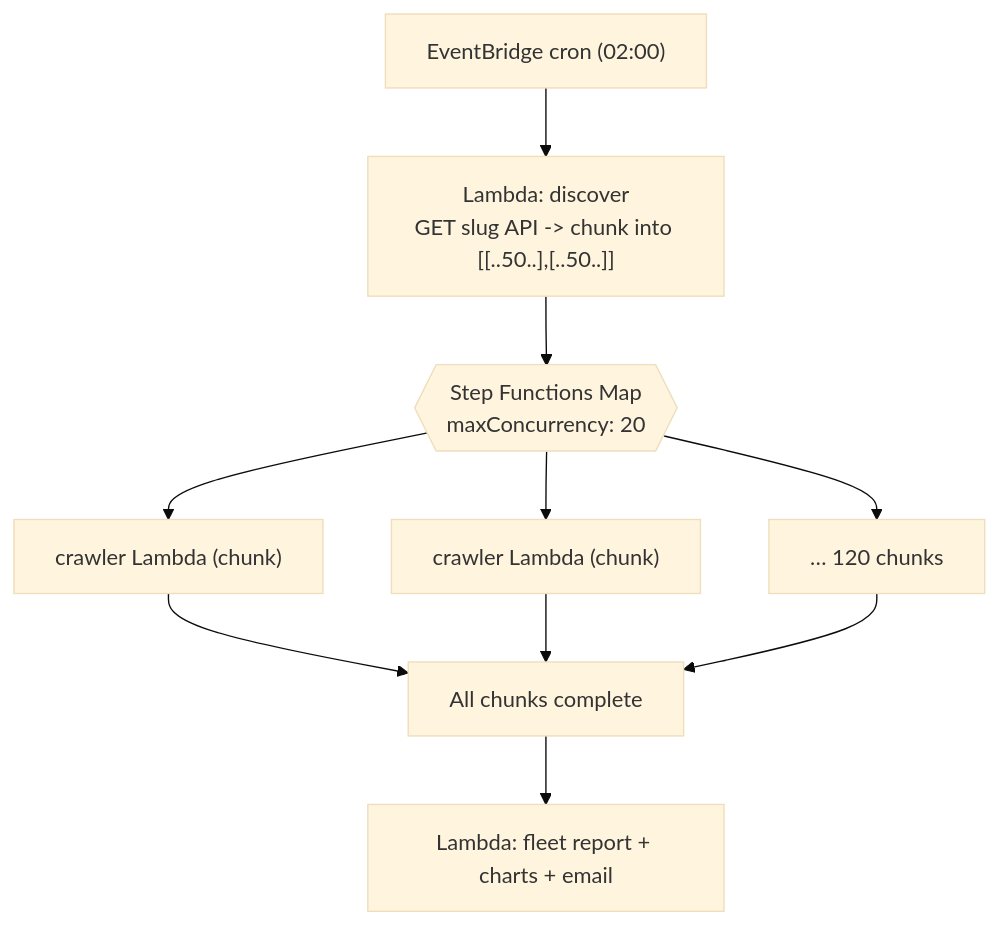
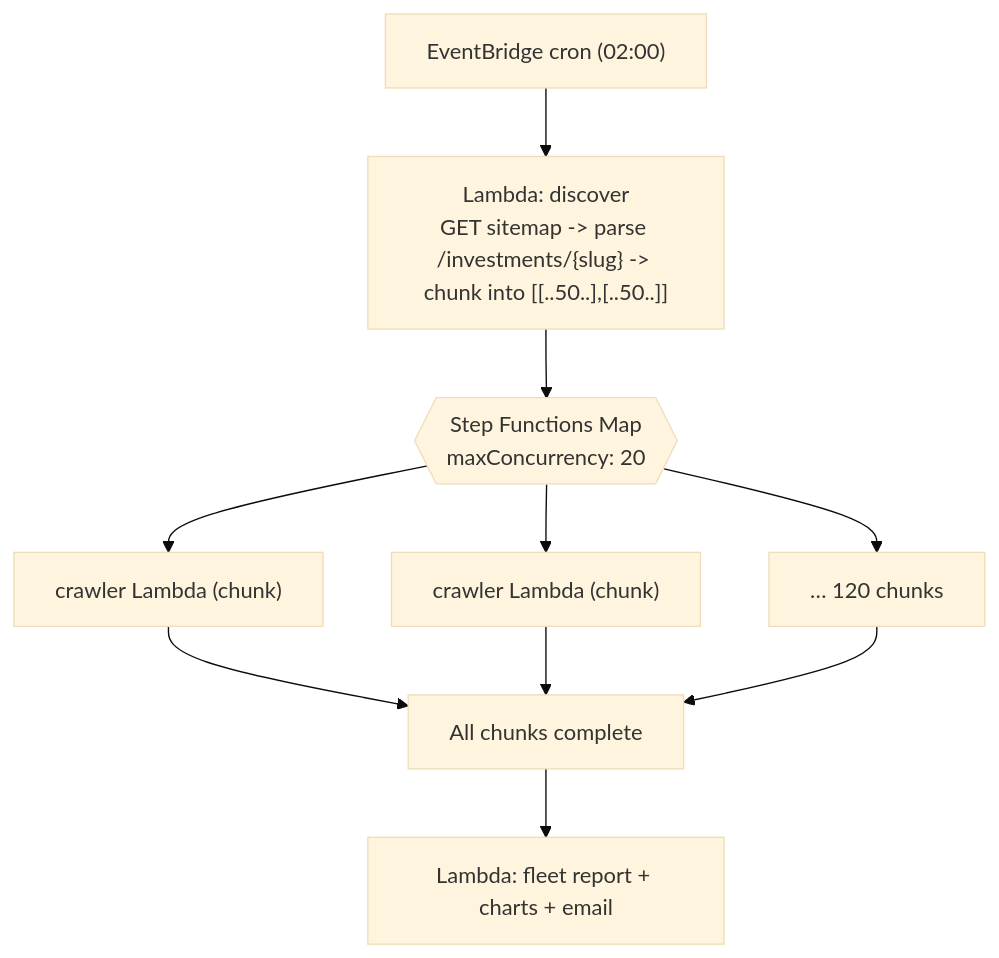
The first of 3 diagrams in reference/crawler/crawl-fanout-orchestration.md (shreyashdubey/archi), drawn with Mermaid (base theme) before and after one commit. The commit also changed other lines of this file and 21 other files, not shown here.

````diff
--- a/reference/crawler/crawl-fanout-orchestration.md
+++ b/reference/crawler/crawl-fanout-orchestration.md
@@ -10,10 +11,10 @@
 ```mermaid
 flowchart TB
-    CRON["EventBridge cron (02:00)"] --> DISCO["Lambda: discover<br/>GET slug API -> chunk into [[..50..],[..50..]]"]
+    CRON["EventBridge cron (02:00)"] --> DISCO["Lambda: discover<br/>GET sitemap -> parse /investments/{slug} -> chunk into [[..50..],[..50..]]"]
     DISCO --> MAP{{"Step Functions Map<br/>maxConcurrency: 20"}}
     MAP --> C1["crawler Lambda (chunk)"]
     MAP --> C2["crawler Lambda (chunk)"]
     MAP --> Cn["… 120 chunks"]
     C1 & C2 & Cn --> DONE["All chunks complete"]
     DONE --> REPORT["Lambda: fleet report + charts + email"]
 ```
````
